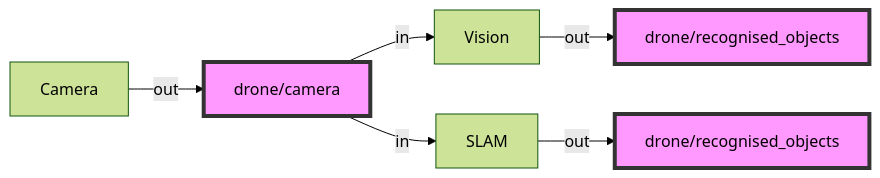
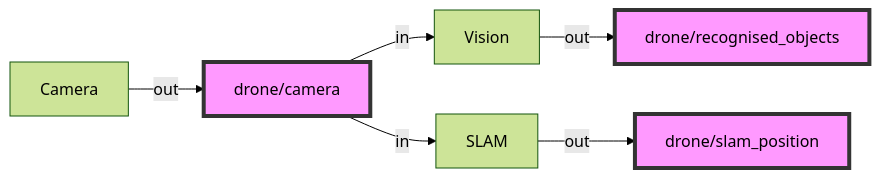
Before and after one commit to StarlingUAS/FenswoodScenario: the second of 2 diagrams in docs/tutorials/fenswood_scenario.md, drawn with Mermaid (forest theme).

Commit message:
Fix position topic name

````diff
--- a/docs/tutorials/fenswood_scenario.md
+++ b/docs/tutorials/fenswood_scenario.md
@@ -406,12 +406,12 @@
 ```mermaid
 graph LR
 A[Camera] -->|out| node[drone/camera]
 node --in--> C[Vision]
 C -->|out| node1[drone/recognised_objects]
 node --in--> D[SLAM]
-D -->|out| node2[drone/recognised_objects]
+D -->|out| node2[drone/slam_position]
 
 style node fill:#f9f,stroke:#333,stroke-width:4px
 style node1 fill:#f9f,stroke:#333,stroke-width:4px
 style node2 fill:#f9f,stroke:#333,stroke-width:4px
 ```
````
